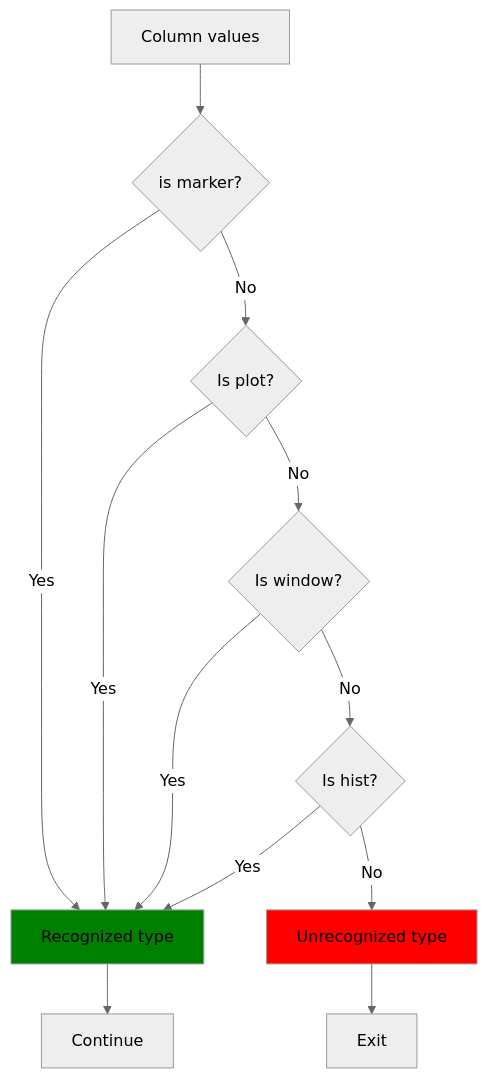
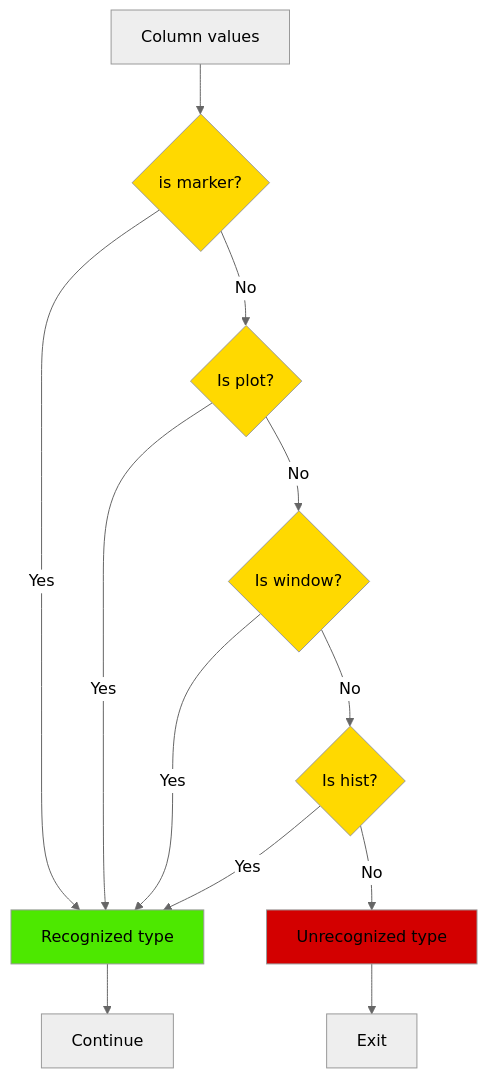
Before and after one commit to mahajrod/MCTool: the first of 2 diagrams in documentation/tracks/track_format.md, drawn with Mermaid (neutral theme). The commit also changed other lines of this file, not shown here.

Commit message:
added cutting of a sheetname (due to Excel limit of 31 chars) to draw_macrosynteny.py

````diff
--- a/documentation/tracks/track_format.md
+++ b/documentation/tracks/track_format.md
@@ -72,18 +72,20 @@
 ```mermaid
 
 flowchart TD
-    A[Column values] --> B{is marker?}
-    B -->|Yes| C[Recognized type]:::Sucess
-    B -->|No| D{Is plot?}
+    A[Column values] --> B{is marker?}:::BranchingType
+    B -->|Yes| C[Recognized type]:::SucessType
+    B -->|No| D{Is plot?}:::BranchingType
     D -->|Yes| C
-    D -->|No| E{Is window?}
+    D -->|No| E{Is window?}:::BranchingType
     E -->|Yes| C
-    E -->|No| F{Is hist?}
+    E -->|No| F{Is hist?}:::BranchingType
     F -->|Yes| C
-    F -->|No| G[Unrecognized type]:::Fail
+    F -->|No| G[Unrecognized type]:::FailType
     C --> I[Continue]
     G --> K[Exit]
     
-    classDef Sucess fill:green
-    classDef Fail fill:red
+    classDef SucessType fill:#4De800,font-color:black
+    classDef FailType fill:#D30000,font-color:black
+    classDef ResultType fill:#60CEED,font-color:black
+    classDef BranchingType fill:#FFD900,font-color:black
 ```
````
